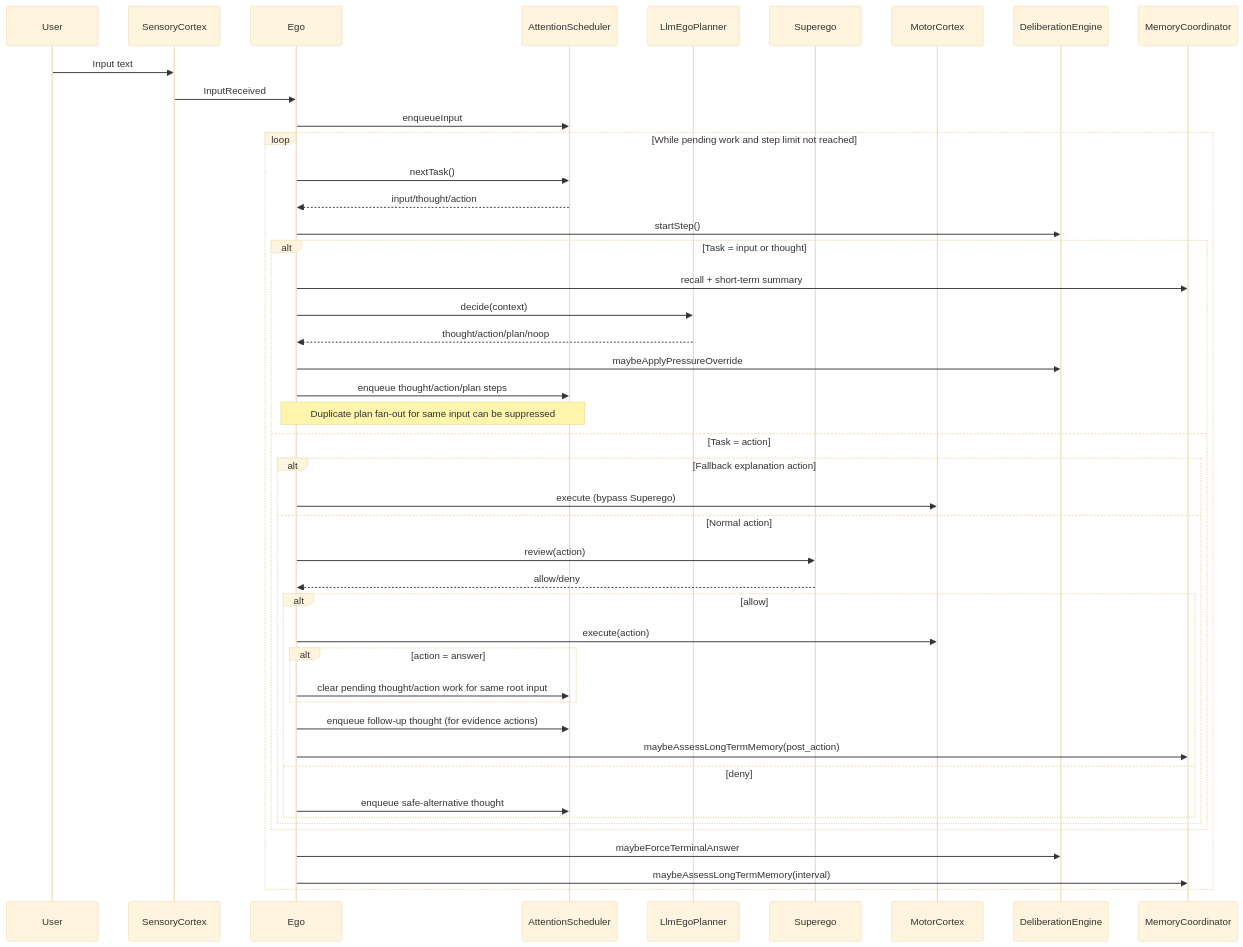
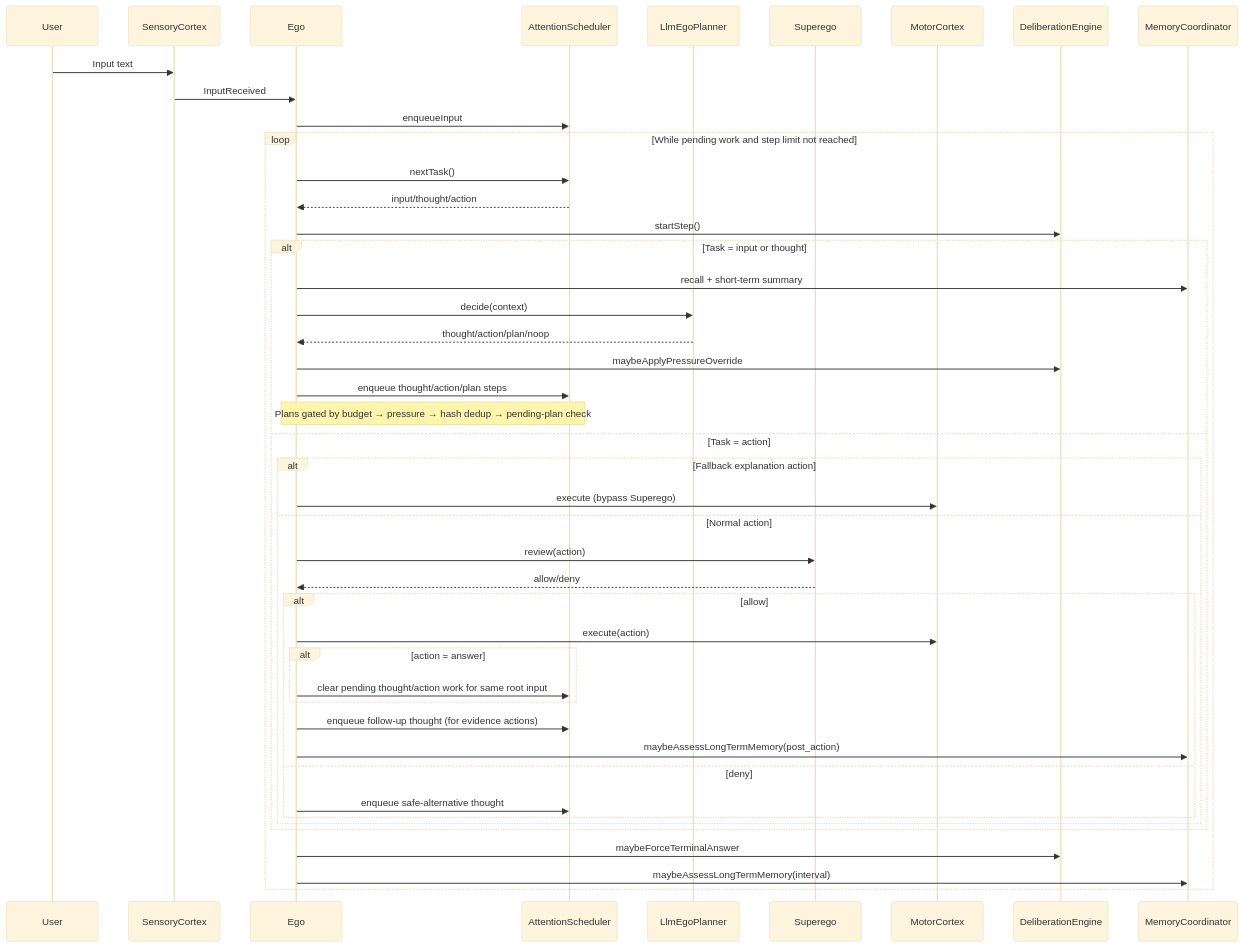
Before and after one commit to neopsyke/NeoPsyke: the second of 3 diagrams in AGENT_LOGIC_DIAGRAM.md, drawn with Mermaid (base theme). The commit also changed other lines of this file and 1 other file, not shown here.

First line of the commit message:
docs: update living docs with circuit breaker, plan suppression gates, and evidence aggregation

````diff
--- a/AGENT_LOGIC_DIAGRAM.md
+++ b/AGENT_LOGIC_DIAGRAM.md
@@ -37,51 +37,51 @@
 ```mermaid
 sequenceDiagram
     participant User
     participant SC as SensoryCortex
     participant Ego
     participant Sched as AttentionScheduler
     participant Planner as LlmEgoPlanner
     participant Sup as Superego
     participant Motor as MotorCortex
     participant Delib as DeliberationEngine
     participant Mem as MemoryCoordinator
 
     User->>SC: Input text
     SC->>Ego: InputReceived
     Ego->>Sched: enqueueInput
 
     loop While pending work and step limit not reached
         Ego->>Sched: nextTask()
         Sched-->>Ego: input/thought/action
         Ego->>Delib: startStep()
 
         alt Task = input or thought
             Ego->>Mem: recall + short-term summary
             Ego->>Planner: decide(context)
             Planner-->>Ego: thought/action/plan/noop
             Ego->>Delib: maybeApplyPressureOverride
             Ego->>Sched: enqueue thought/action/plan steps
-            Note over Ego,Sched: Duplicate plan fan-out for same input can be suppressed
+            Note over Ego,Sched: Plans gated by budget → pressure → hash dedup → pending-plan check
         else Task = action
             alt Fallback explanation action
                 Ego->>Motor: execute (bypass Superego)
             else Normal action
                 Ego->>Sup: review(action)
                 Sup-->>Ego: allow/deny
                 alt allow
                     Ego->>Motor: execute(action)
                     alt action = answer
                         Ego->>Sched: clear pending thought/action work for same root input
                     end
                     Ego->>Sched: enqueue follow-up thought (for evidence actions)
                     Ego->>Mem: maybeAssessLongTermMemory(post_action)
                 else deny
                     Ego->>Sched: enqueue safe-alternative thought
                 end
             end
         end
 
         Ego->>Delib: maybeForceTerminalAnswer
         Ego->>Mem: maybeAssessLongTermMemory(interval)
     end
 ```
````
